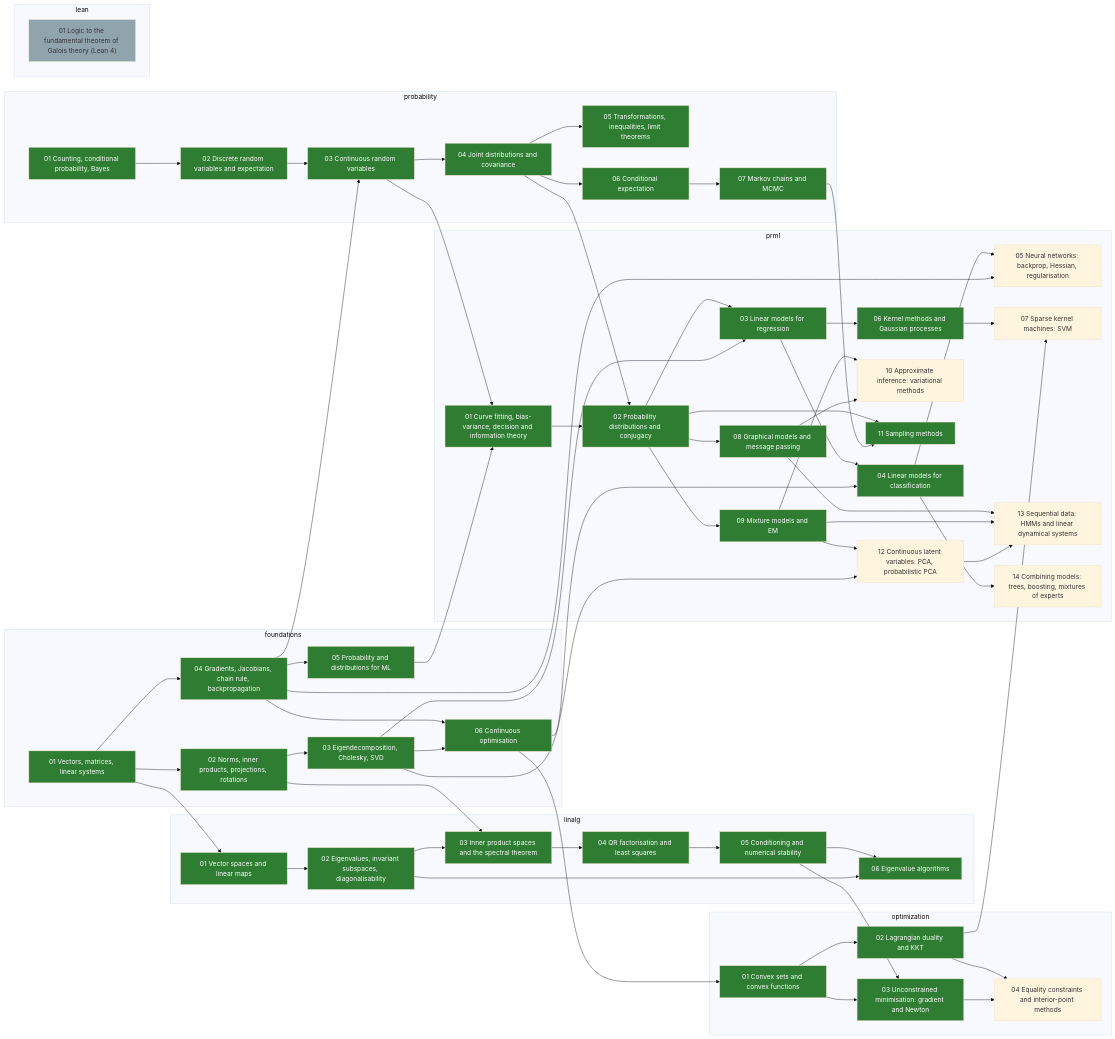
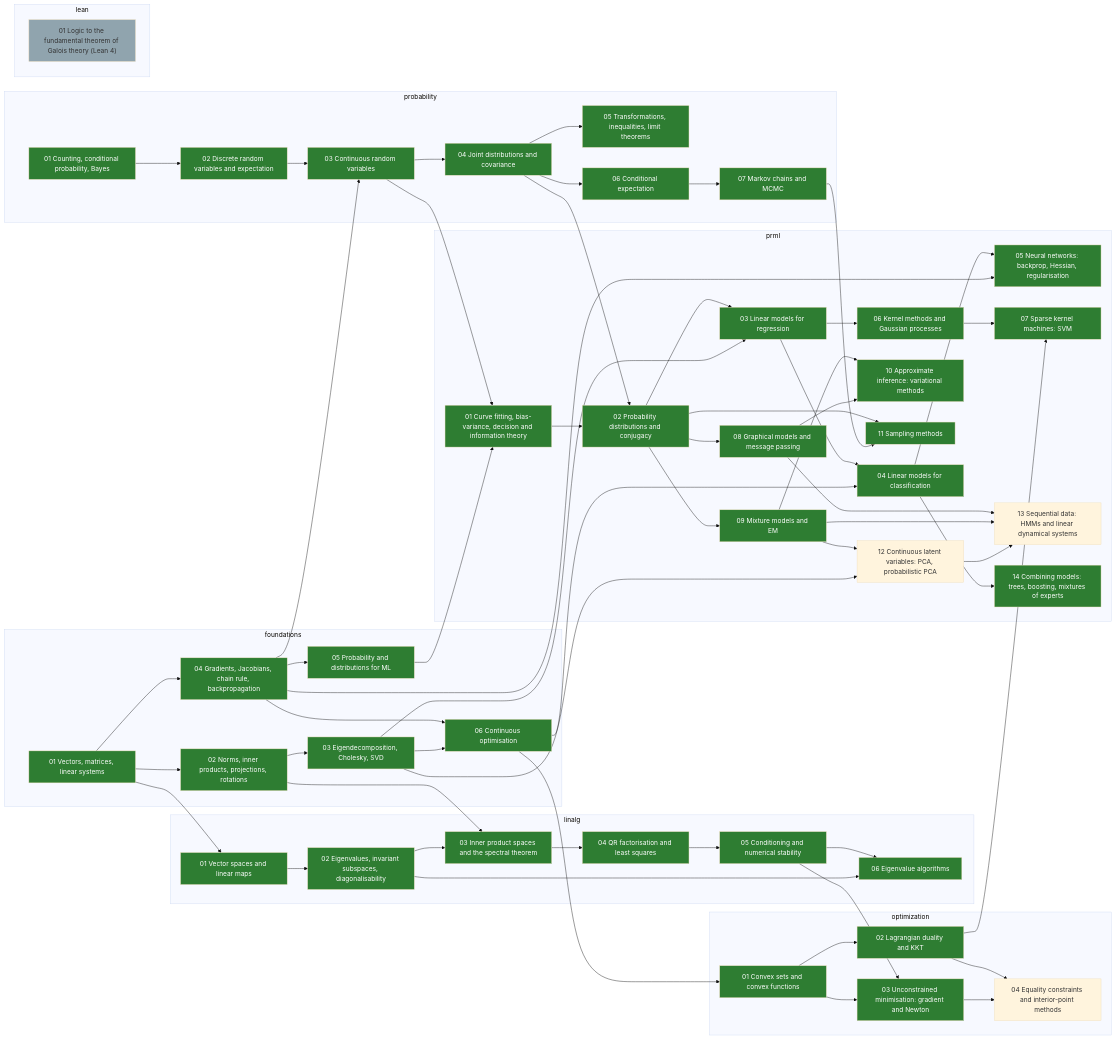
Before and after one commit to alektebel/learn-stuff-from-scratch: the diagram in skill-tree/README.md, drawn with Mermaid (base theme). The commit also changed other lines of this file and 29 other files, not shown here.

```diff
--- a/skill-tree/README.md
+++ b/skill-tree/README.md
@@ -105,16 +105,16 @@
     prml-02-distributions["02 Probability distributions and conjugacy"]:::done
     prml-03-linear-regression["03 Linear models for regression"]:::done
     prml-04-linear-classification["04 Linear models for classification"]:::done
-    prml-05-neural-networks["05 Neural networks: backprop, Hessian, regularisation"]
+    prml-05-neural-networks["05 Neural networks: backprop, Hessian, regularisation"]:::done
     prml-06-kernels-gps["06 Kernel methods and Gaussian processes"]:::done
-    prml-07-svm["07 Sparse kernel machines: SVM"]
+    prml-07-svm["07 Sparse kernel machines: SVM"]:::done
     prml-08-graphical-models["08 Graphical models and message passing"]:::done
     prml-09-mixtures-em["09 Mixture models and EM"]:::done
-    prml-10-variational-inference["10 Approximate inference: variational methods"]
+    prml-10-variational-inference["10 Approximate inference: variational methods"]:::done
     prml-11-sampling["11 Sampling methods"]:::done
     prml-12-latent-continuous["12 Continuous latent variables: PCA, probabilistic PCA"]
     prml-13-sequential["13 Sequential data: HMMs and linear dynamical systems"]
-    prml-14-combining-models["14 Combining models: trees, boosting, mixtures of experts"]
+    prml-14-combining-models["14 Combining models: trees, boosting, mixtures of experts"]:::done
   end
   subgraph lean
     lean-01-galois-path["01 Logic to the fundamental theorem of Galois theory (Lean 4)"]:::exists
```
